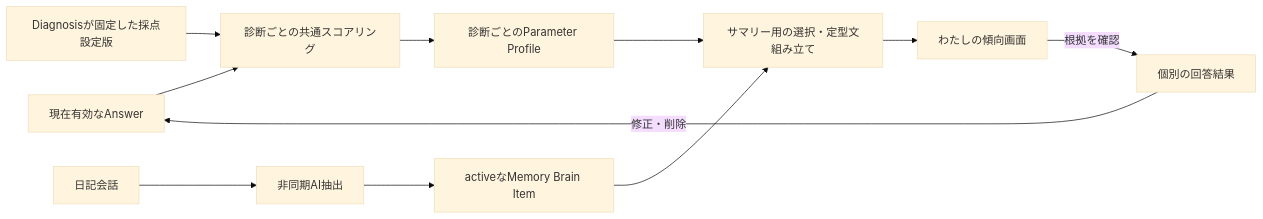
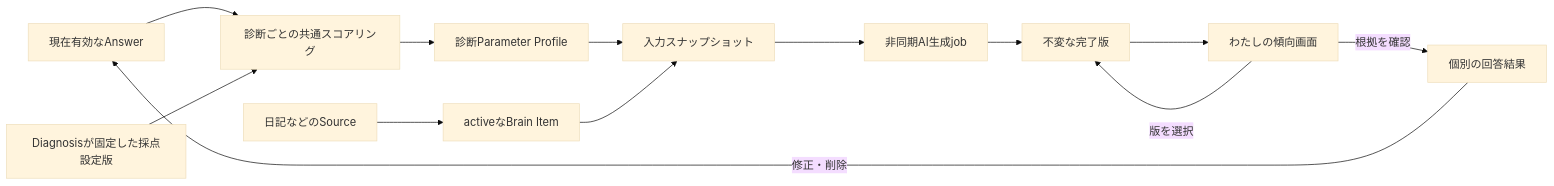
One commit to kkyosuke/me-builder changed the second of 2 diagrams in docs/product/profile-summary-experience.md. Above: the diagram before and after it, drawn with Mermaid (base theme). The commit also changed other lines of this file and 4 other files, not shown here.

````diff
--- a/docs/product/profile-summary-experience.md
+++ b/docs/product/profile-summary-experience.md
@@ -193,13 +206,15 @@
 ```mermaid
 flowchart LR
     A[現在有効なAnswer] --> S[診断ごとの共通スコアリング]
     C[Diagnosisが固定した採点設定版] --> S
-    S --> P[診断ごとのParameter Profile]
-    P --> V[サマリー用の選択・定型文組み立て]
-    D[日記会話] --> AI[非同期AI抽出]
-    AI --> M[activeなMemory Brain Item]
-    M --> V
+    S --> P[診断Parameter Profile]
+    D[日記などのSource] --> BI[activeなBrain Item]
+    P --> SNAP[入力スナップショット]
+    BI --> SNAP
+    SNAP --> JOB[非同期AI生成job]
+    JOB --> V[不変な完了版]
     V --> U[わたしの傾向画面]
+    U -->|版を選択| V
     U -->|根拠を確認| R[個別の回答結果]
     R -->|修正・削除| A
 ```
````
